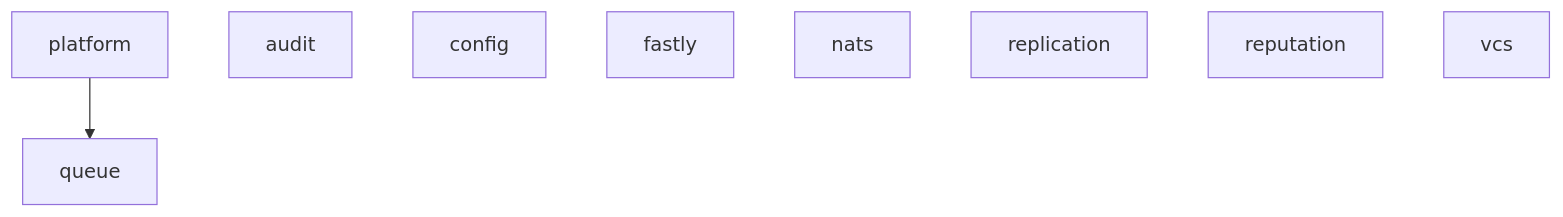
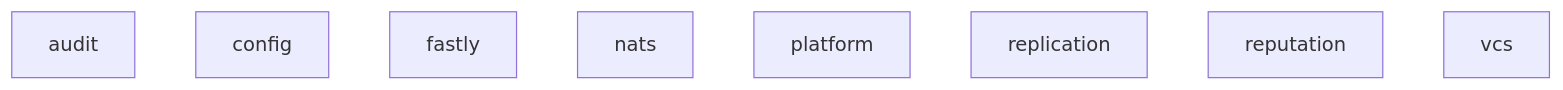
One commit to utopia-php/monorepo changed the diagram in README.md. Above: the diagram before and after it, drawn with Mermaid. The commit also changed other lines of this file and 105 other files, not shown here.

````diff
--- a/README.md
+++ b/README.md
@@ -52,11 +52,11 @@
 ```mermaid
 graph TD
-    platform --> queue
     audit
     config
     fastly
     nats
+    platform
     replication
     reputation
     vcs
 ```
````
